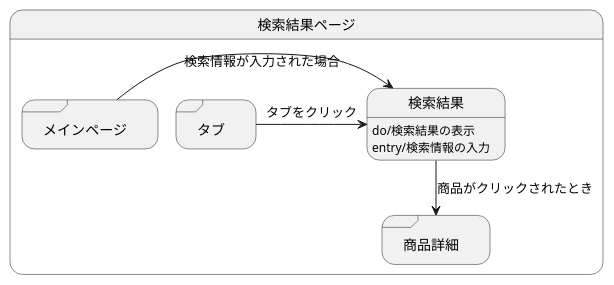
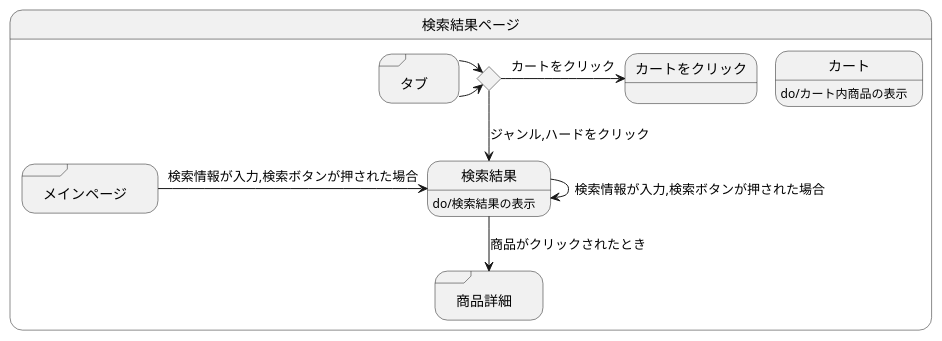
The diagram in 検索結果.md (akutori/T-D-E), drawn with PlantUML before and after one commit. The commit also changed 1 other file, not shown here.

Commit message:
追記

````diff
--- a/検索結果.md
+++ b/検索結果.md
@@ -1,16 +1,20 @@
 ```uml
 @startuml
 state 検索結果ページ{
+    state ifinput <<choice>>
     state 検索結果:do/検索結果の表示
-    state 検索結果:entry/検索情報の入力
     state "商品詳細" as goodsdetail <<sdlreceive>>
     state "メインページ" as mainpage <<sdlreceive>>
     state "タブ" as tab <<sdlreceive>>
-    mainpage -> 検索結果 :検索情報が入力された場合
+    state カート:do/カート内商品の表示
+    mainpage -> 検索結果 :検索情報が入力,検索ボタンが押された場合
     検索結果 --> goodsdetail :商品がクリックされたとき
-    tab -> 検索結果 :タブをクリック
-
+    tab -> ifinput 
+    ifinput --> 検索結果 :ジャンル,ハードをクリック
+    tab -> ifinput 
+    ifinput -> カートをクリック :カートをクリック
+    検索結果 -> 検索結果 :検索情報が入力,検索ボタンが押された場合
 }
 
 @enduml
 ```
````
